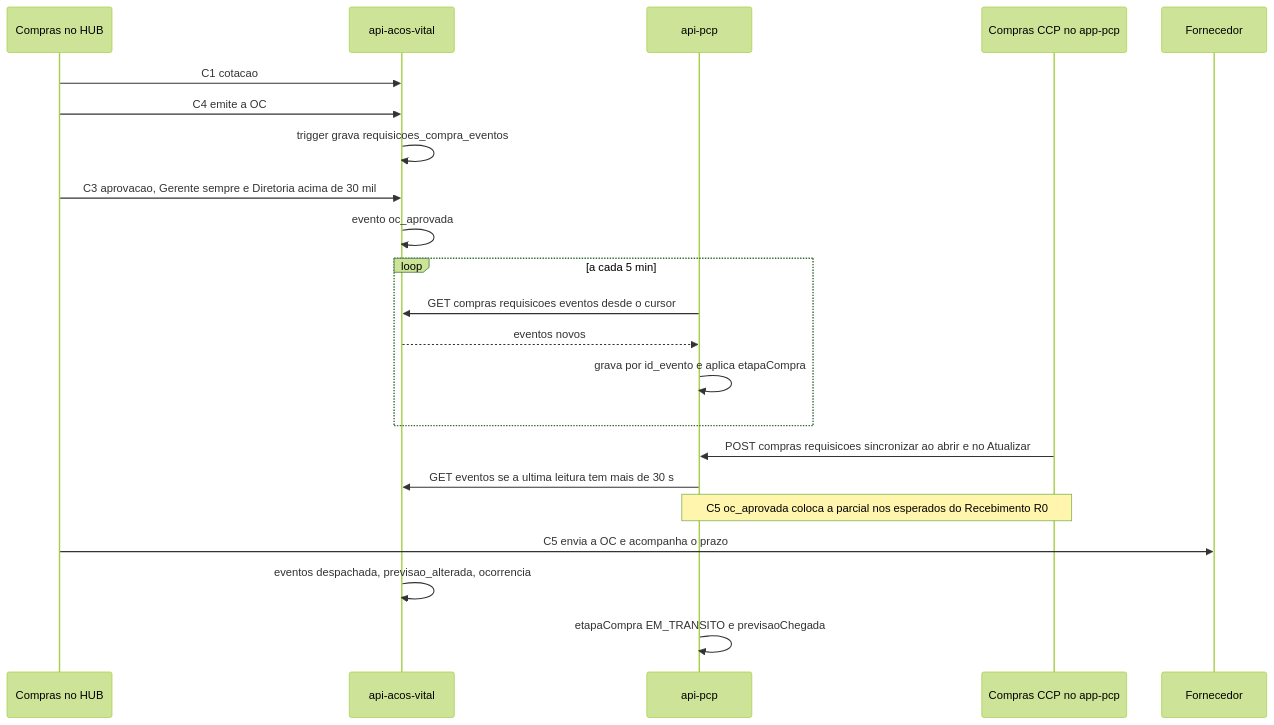
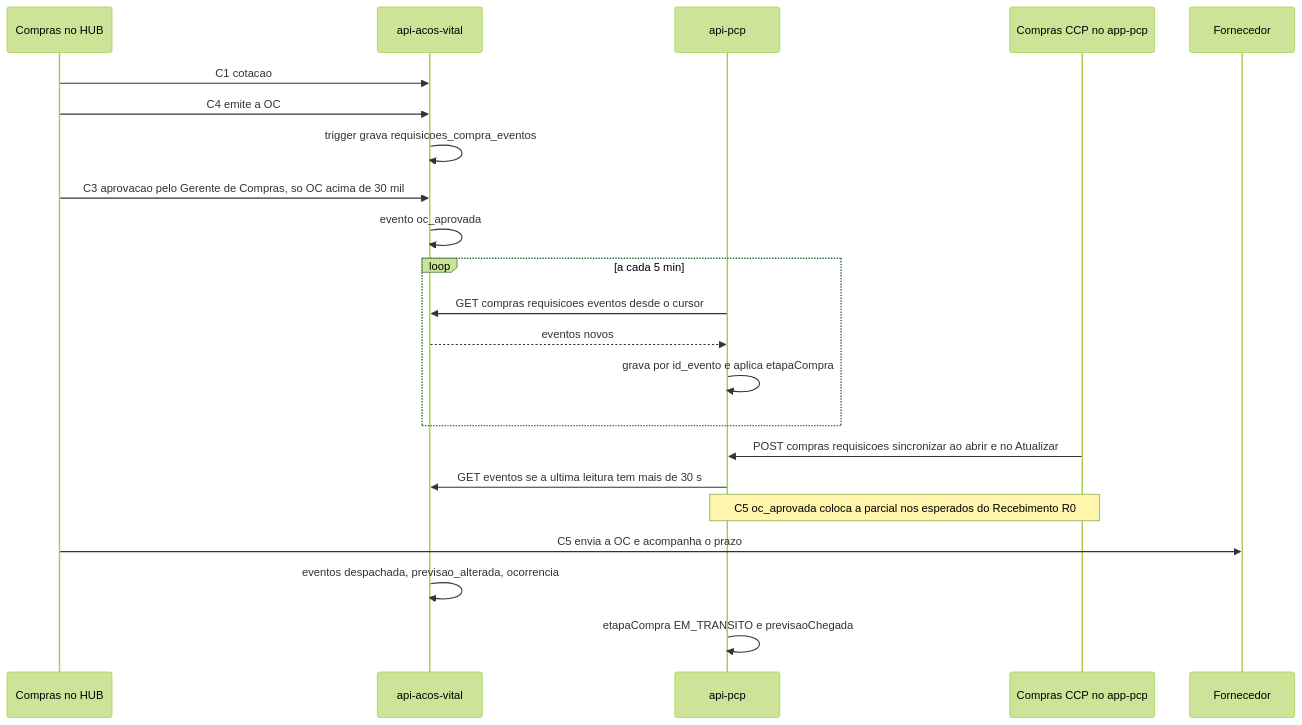
One commit to Acosvital/vault-avhub-mer changed the fourth of 8 diagrams in 09-Diagramas/Sequencia.md. Above: the diagram before and after it, drawn with Mermaid (forest theme). The commit also changed other lines of this file and 34 other files, not shown here.

````diff
--- a/09-Diagramas/Sequencia.md
+++ b/09-Diagramas/Sequencia.md
@@ -105,24 +105,24 @@
 ```mermaid
 sequenceDiagram
     participant CMP as Compras no HUB
     participant API as api-acos-vital
     participant MES as api-pcp
     participant CCP as Compras CCP no app-pcp
     participant FN as Fornecedor
     CMP->>API: C1 cotacao
     CMP->>API: C4 emite a OC
     API->>API: trigger grava requisicoes_compra_eventos
-    CMP->>API: C3 aprovacao, Gerente sempre e Diretoria acima de 30 mil
+    CMP->>API: C3 aprovacao pelo Gerente de Compras, so OC acima de 30 mil
     API->>API: evento oc_aprovada
     loop a cada 5 min
         MES->>API: GET compras requisicoes eventos desde o cursor
         API-->>MES: eventos novos
         MES->>MES: grava por id_evento e aplica etapaCompra
     end
     CCP->>MES: POST compras requisicoes sincronizar ao abrir e no Atualizar
     MES->>API: GET eventos se a ultima leitura tem mais de 30 s
     Note over MES,CCP: C5 oc_aprovada coloca a parcial nos esperados do Recebimento R0
     CMP->>FN: C5 envia a OC e acompanha o prazo
     API->>API: eventos despachada, previsao_alterada, ocorrencia
     MES->>MES: etapaCompra EM_TRANSITO e previsaoChegada
 ```
````
